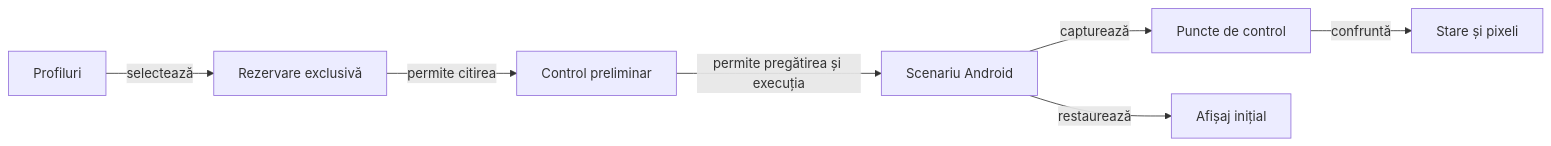
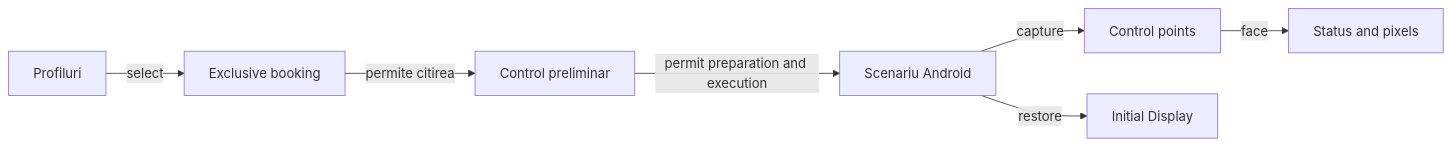
Before and after one commit to crististefanita/atf_j4: the diagram in docs/testing/ATF_Display.md, drawn with Mermaid. The commit also changed other lines of this file and 122 other files, not shown here.

````diff
--- a/docs/testing/ATF_Display.md
+++ b/docs/testing/ATF_Display.md
@@ -9,9 +9,9 @@
 ```mermaid
 flowchart LR
-    CONFIG[Profiluri] -->|selectează| LEASE[Rezervare exclusivă]
+    CONFIG[Profiluri] -->|select| LEASE[Exclusive booking]
     LEASE -->|permite citirea| PREFLIGHT[Control preliminar]
-    PREFLIGHT -->|permite pregătirea și execuția| RUN[Scenariu Android]
-    RUN -->|capturează| TRACE[Puncte de control]
-    RUN -->|restaurează| DISPLAY[Afișaj inițial]
-    TRACE -->|confruntă| AUDIT[Stare și pixeli]
+    PREFLIGHT -->|permit preparation and execution| RUN[Scenariu Android]
+    RUN -->|capture| TRACE[Control points]
+    RUN -->|restore| DISPLAY[Initial Display]
+    TRACE -->|face| AUDIT[Status and pixels]
 ```
````
